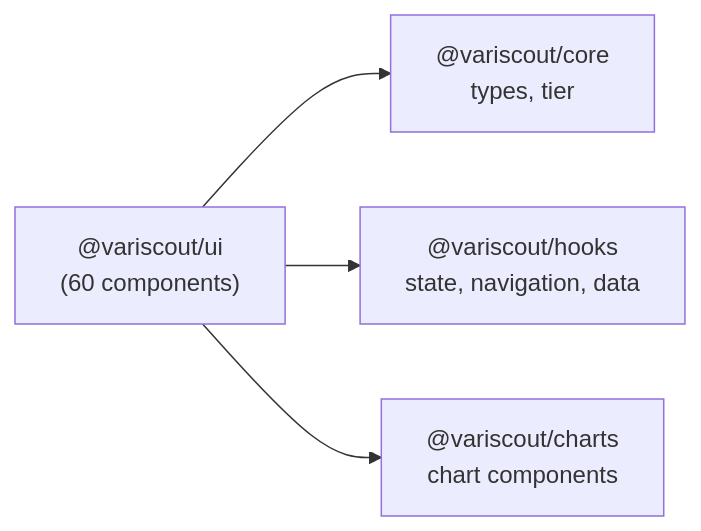
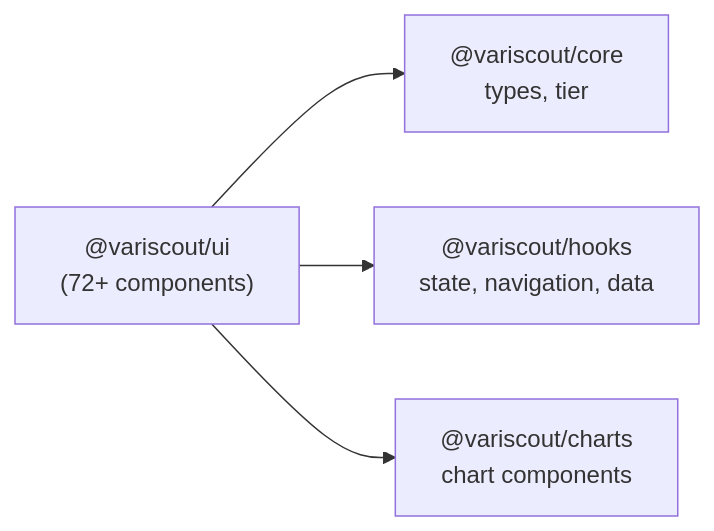
One commit to jukka-matti/variscout changed the sixth of 8 diagrams in docs/05-technical/architecture/component-map.md. Above: the diagram before and after it, drawn with Mermaid. The commit also changed other lines of this file and 9 other files, not shown here.

First line of the commit message:
docs: fix 18 stale diagram references across 10 doc files

````diff
--- a/docs/05-technical/architecture/component-map.md
+++ b/docs/05-technical/architecture/component-map.md
@@ -299,11 +382,11 @@
 ```mermaid
 flowchart LR
-    ui["@variscout/ui<br/>(60 components)"]
+    ui["@variscout/ui<br/>(72+ components)"]
     core["@variscout/core<br/>types, tier"]
     hooks["@variscout/hooks<br/>state, navigation, data"]
     charts["@variscout/charts<br/>chart components"]
 
     ui --> core
     ui --> hooks
     ui --> charts
 ```
````
